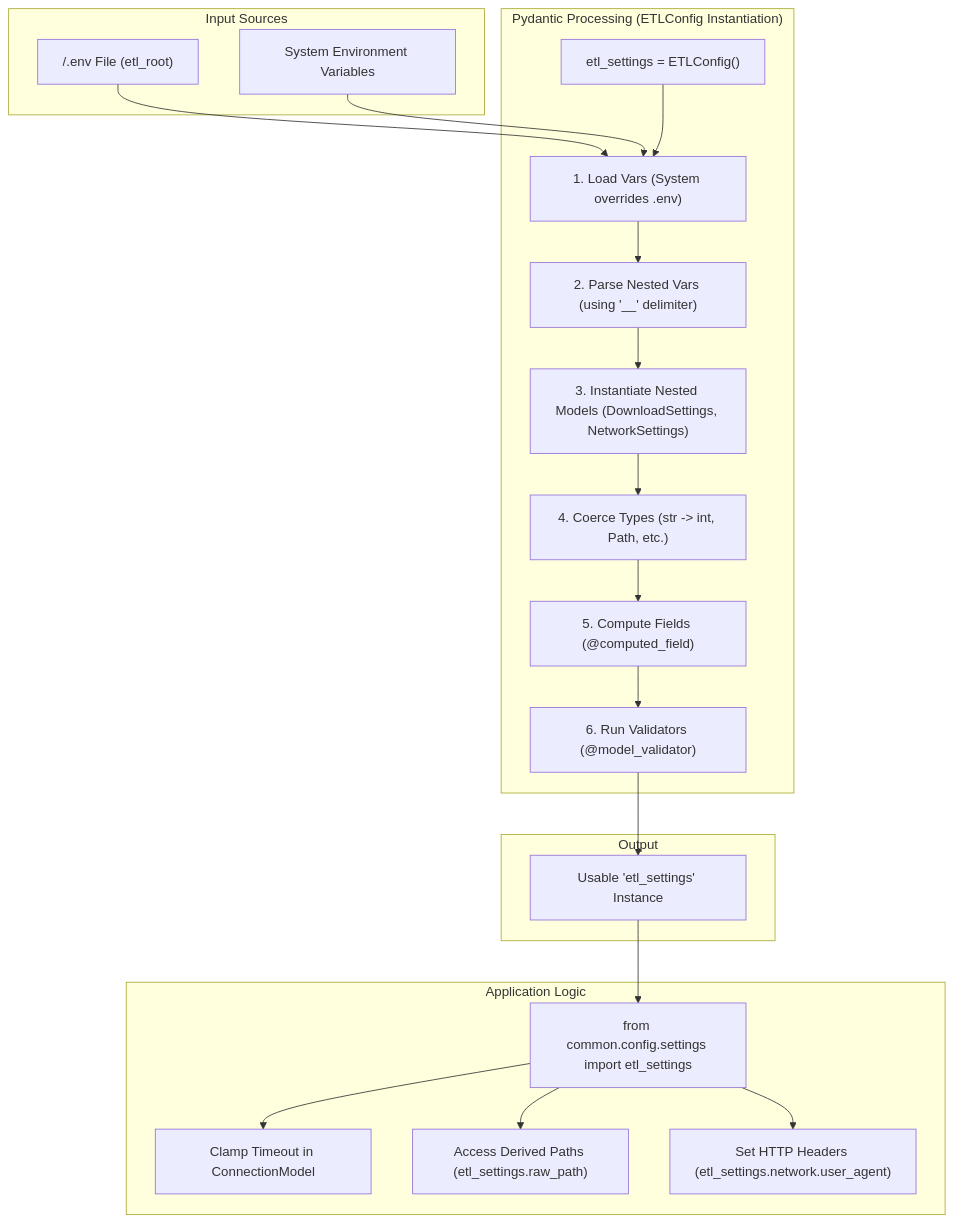
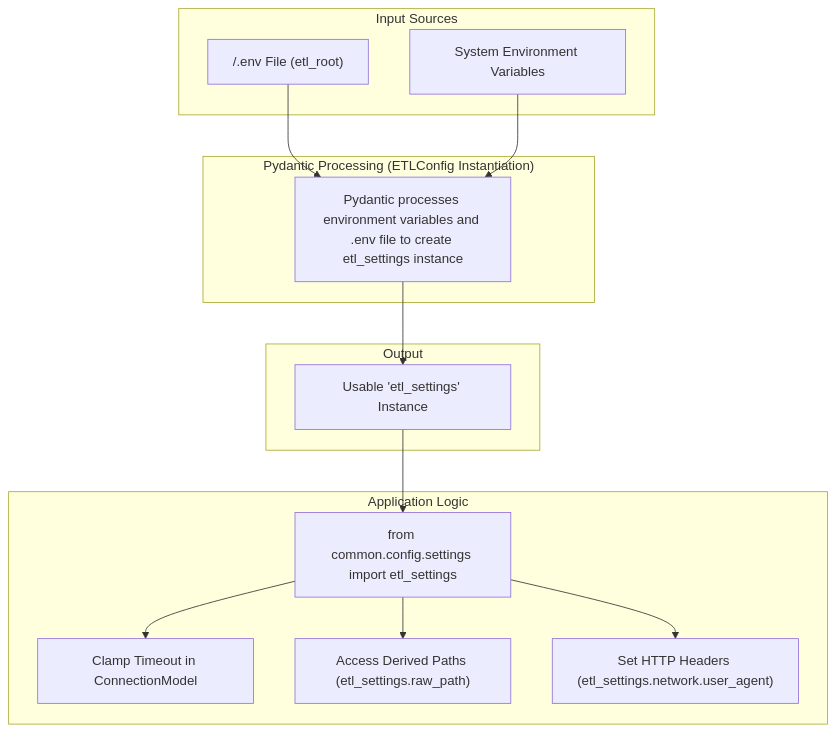
Before and after one commit to mnaatjes/elite-dangerous-dev: the first of 2 diagrams in pipeline/docs/etl_component_configuration.md, drawn with Mermaid.

Commit message:
config doc

````diff
--- a/pipeline/docs/etl_component_configuration.md
+++ b/pipeline/docs/etl_component_configuration.md
@@ -10,43 +10,31 @@
 ```mermaid
 graph TD
     subgraph "Input Sources"
         A["/.env File (etl_root)"]
         B["System Environment Variables"]
     end
 
     subgraph "Pydantic Processing (ETLConfig Instantiation)"
-        C["etl_settings = ETLConfig()"]
-        D["1. Load Vars (System overrides .env)"]
-        E["2. Parse Nested Vars (using '__' delimiter)"]
-        F["3. Instantiate Nested Models (DownloadSettings, NetworkSettings)"]
-        G["4. Coerce Types (str -> int, Path, etc.)"]
-        H["5. Compute Fields (@computed_field)"]
-        I["6. Run Validators (@model_validator)"]
+        P["Pydantic processes environment variables and .env file to create etl_settings instance"]
     end
 
     subgraph "Output"
         J["Usable 'etl_settings' Instance"]
     end
 
     subgraph "Application Logic"
         K["from common.config.settings import etl_settings"]
         L["Clamp Timeout in ConnectionModel"]
         M["Access Derived Paths (etl_settings.raw_path)"]
         N["Set HTTP Headers (etl_settings.network.user_agent)"]
     end
 
-    A --> D
-    B --> D
-    C --> D
-    D --> E
-    E --> F
-    F --> G
-    G --> H
-    H --> I
-    I --> J
+    A --> P
+    B --> P
+    P --> J
 
     J --> K
     K --> L
     K --> M
     K --> N
 ```
````
